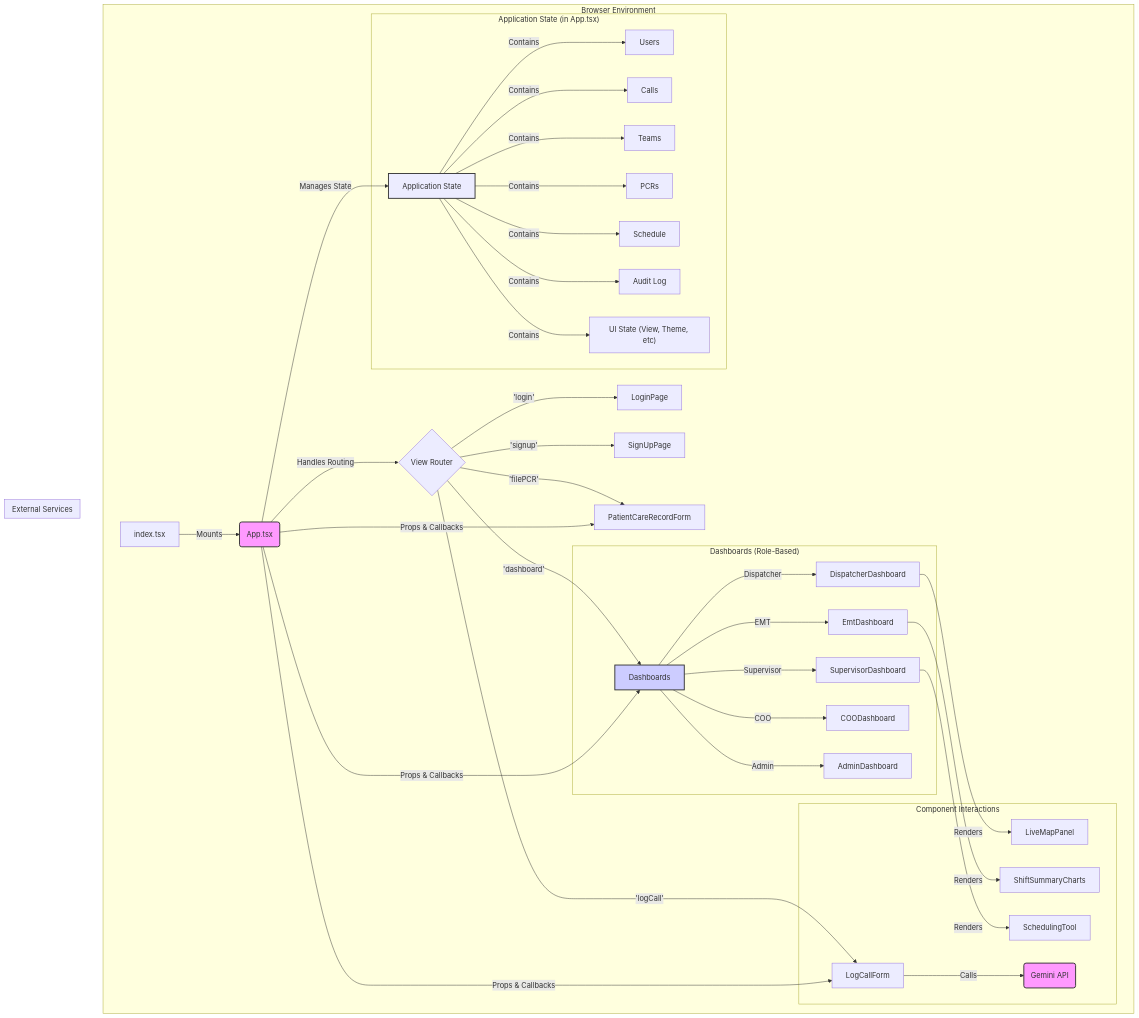
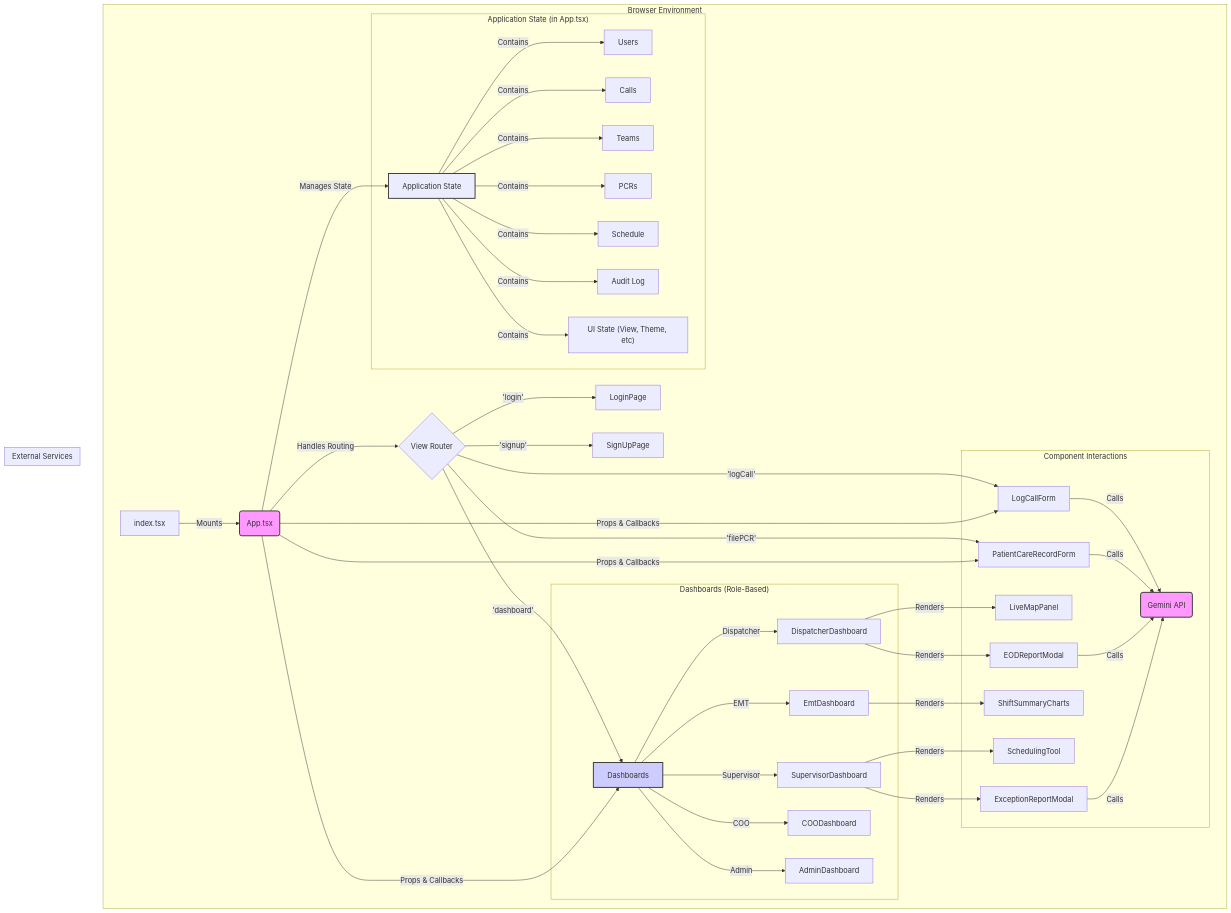
Before and after one commit to ritvikindupuri/PulseEris: the first of 3 diagrams in TECHNICAL_DOCUMENTATION.md, drawn with Mermaid. The commit also changed other lines of this file and 8 other files, not shown here.

````diff
--- a/TECHNICAL_DOCUMENTATION.md
+++ b/TECHNICAL_DOCUMENTATION.md
@@ -23,52 +27,58 @@
 ```mermaid
 graph TD;
     subgraph "Browser Environment";
         A[index.tsx] -->|Mounts| B(App.tsx);
         B -- Manages State --> S[Application State];
         B -- Handles Routing --> V{View Router};
 
         subgraph "Application State (in App.tsx)";
             style S fill:#lightgrey,stroke:#333,stroke-width:2px;
             S -- Contains --> C[Users];
             S -- Contains --> D[Calls];
             S -- Contains --> E[Teams];
             S -- Contains --> F[PCRs];
             S -- Contains --> G[Schedule];
             S -- Contains --> H[Audit Log];
             S -- Contains --> I["UI State (View, Theme, etc)"];
         end;
         
         V -->|'login'| Login[LoginPage];
         V -->|'signup'| SignUp[SignUpPage];
         V -->|'dashboard'| Dashboards;
         V -->|'logCall'| LogCall[LogCallForm];
         V -->|'filePCR'| FilePCR[PatientCareRecordForm];
         
         B -->|Props & Callbacks| Dashboards;
         B -->|Props & Callbacks| LogCall;
         B -->|Props & Callbacks| FilePCR;
 
         subgraph "Dashboards (Role-Based)";
             style Dashboards fill:#ccf,stroke:#333,stroke-width:2px;
             Dashboards -->|Dispatcher| D_Dash[DispatcherDashboard];
             Dashboards -->|EMT| E_Dash[EmtDashboard];
             Dashboards -->|Supervisor| S_Dash[SupervisorDashboard];
             Dashboards -->|COO| C_Dash[COODashboard];
             Dashboards -->|Admin| A_Dash[AdminDashboard];
         end;
 
         subgraph "Component Interactions";
             D_Dash -- Renders --> LiveMap[LiveMapPanel];
+            D_Dash -- Renders --> EODModal[EODReportModal];
             E_Dash -- Renders --> Charts[ShiftSummaryCharts];
             S_Dash -- Renders --> Scheduler[SchedulingTool];
+            S_Dash -- Renders --> ExceptionModal[ExceptionReportModal];
+
             LogCall -- Calls --> Gemini[Gemini API];
+            FilePCR -- Calls --> Gemini;
+            EODModal -- Calls --> Gemini;
+            ExceptionModal -- Calls --> Gemini;
         end;
     end;
 
     subgraph "External Services";
         style Gemini fill:#f9f,stroke:#333,stroke-width:2px;
         Gemini(Gemini API);
     end;
 
     style B fill:#f9f,stroke:#333,stroke-width:2px;
 ```
````
